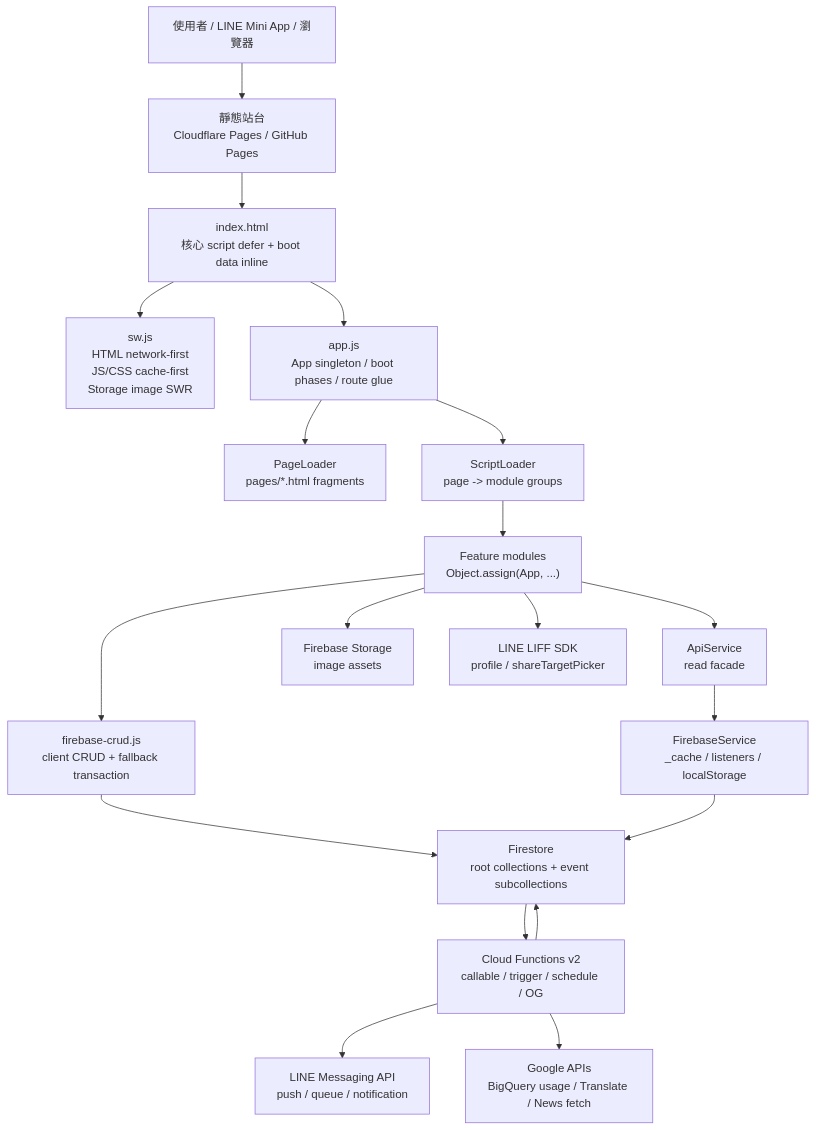
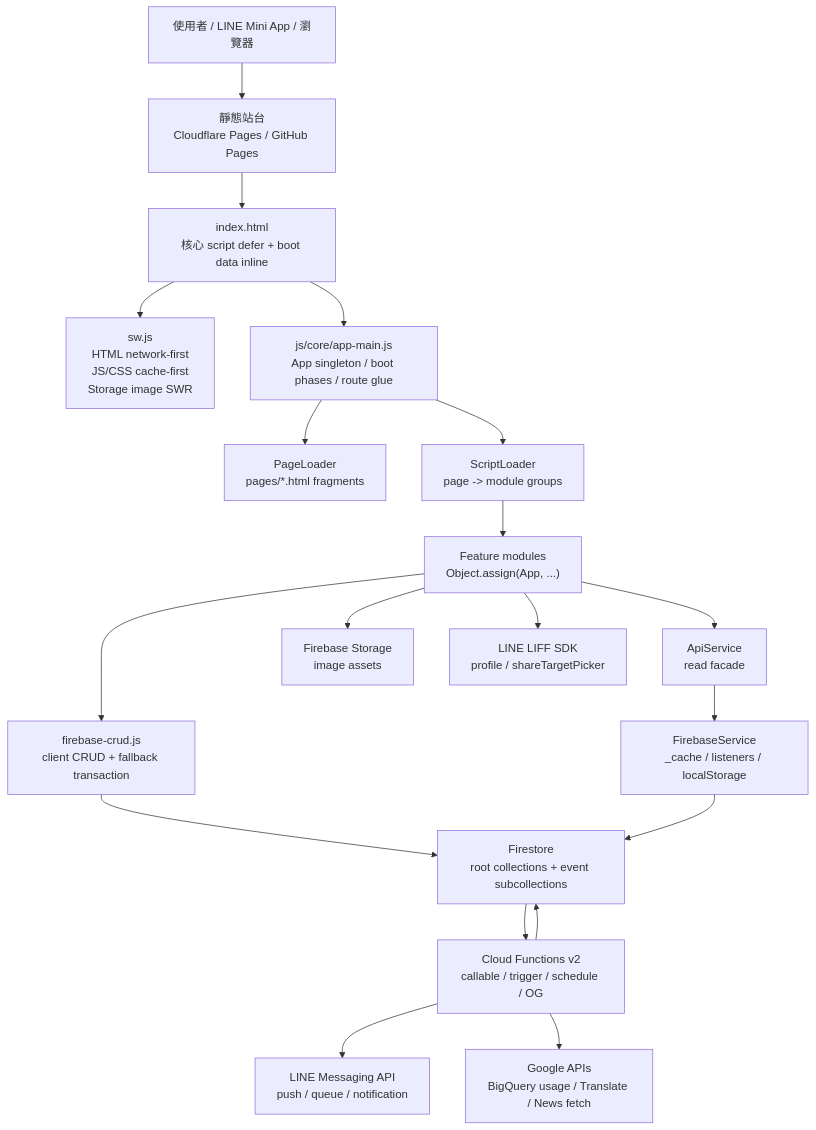
Before and after one commit to msw2004727/FC: the first of 3 diagrams in docs/architecture.md, drawn with Mermaid. The commit also changed other lines of this file and 11 other files, not shown here.

````diff
--- a/docs/architecture.md
+++ b/docs/architecture.md
@@ -38,38 +38,38 @@
 ```mermaid
 flowchart TD
     U["使用者 / LINE Mini App / 瀏覽器"]
     H["靜態站台\nCloudflare Pages / GitHub Pages"]
     IDX["index.html\n核心 script defer + boot data inline"]
     SW["sw.js\nHTML network-first\nJS/CSS cache-first\nStorage image SWR"]
-    APP["app.js\nApp singleton / boot phases / route glue"]
+    APP["js/core/app-main.js\nApp singleton / boot phases / route glue"]
     PL["PageLoader\npages/*.html fragments"]
     SL["ScriptLoader\npage -> module groups"]
     MOD["Feature modules\nObject.assign(App, ...)"]
     API["ApiService\nread facade"]
     FSVC["FirebaseService\n_cache / listeners / localStorage"]
     CRUD["firebase-crud.js\nclient CRUD + fallback transaction"]
     CF["Cloud Functions v2\ncallable / trigger / schedule / OG"]
     DB["Firestore\nroot collections + event subcollections"]
     ST["Firebase Storage\nimage assets"]
     LIFF["LINE LIFF SDK\nprofile / shareTargetPicker"]
     LINE["LINE Messaging API\npush / queue / notification"]
     EXT["Google APIs\nBigQuery usage / Translate / News fetch"]
 
     U --> H --> IDX
     IDX --> SW
     IDX --> APP
     APP --> PL
     APP --> SL
     SL --> MOD
     MOD --> API
     MOD --> CRUD
     API --> FSVC
     CRUD --> DB
     FSVC --> DB
     MOD --> LIFF
     MOD --> ST
     CF --> DB
     CF --> LINE
     CF --> EXT
     DB --> CF
 ```
````
